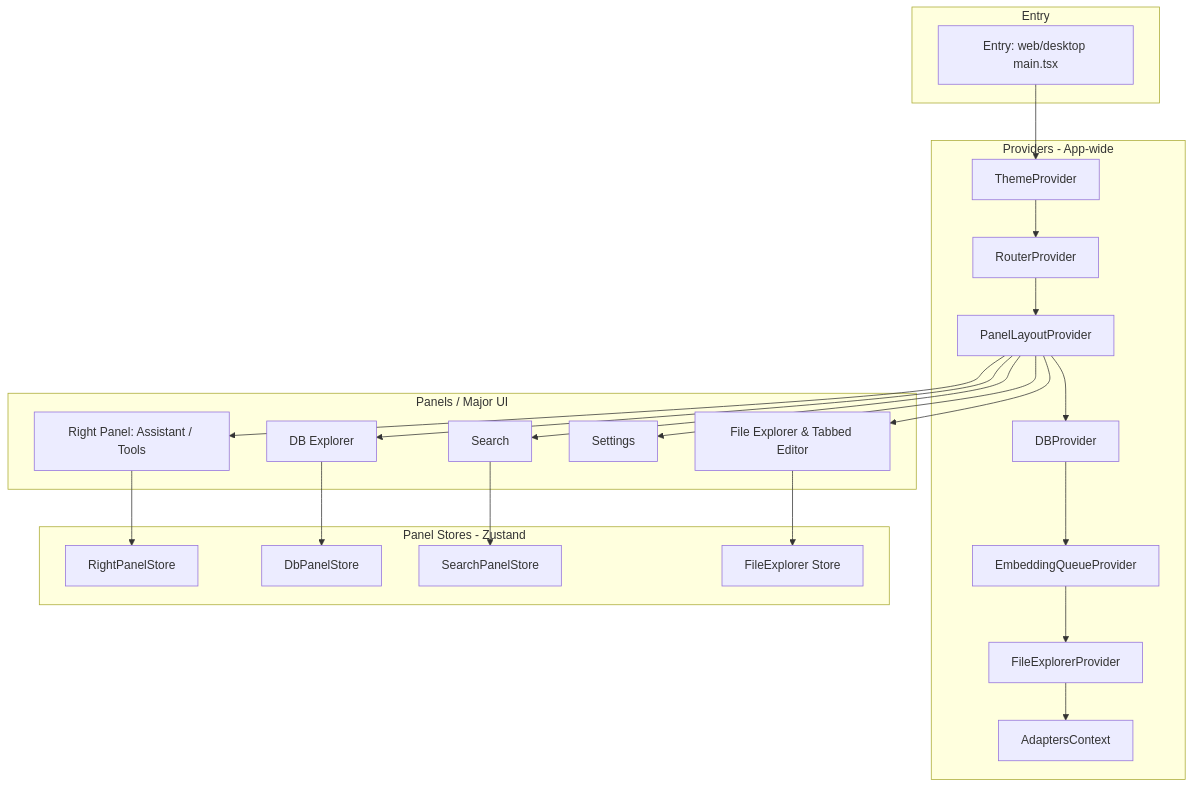
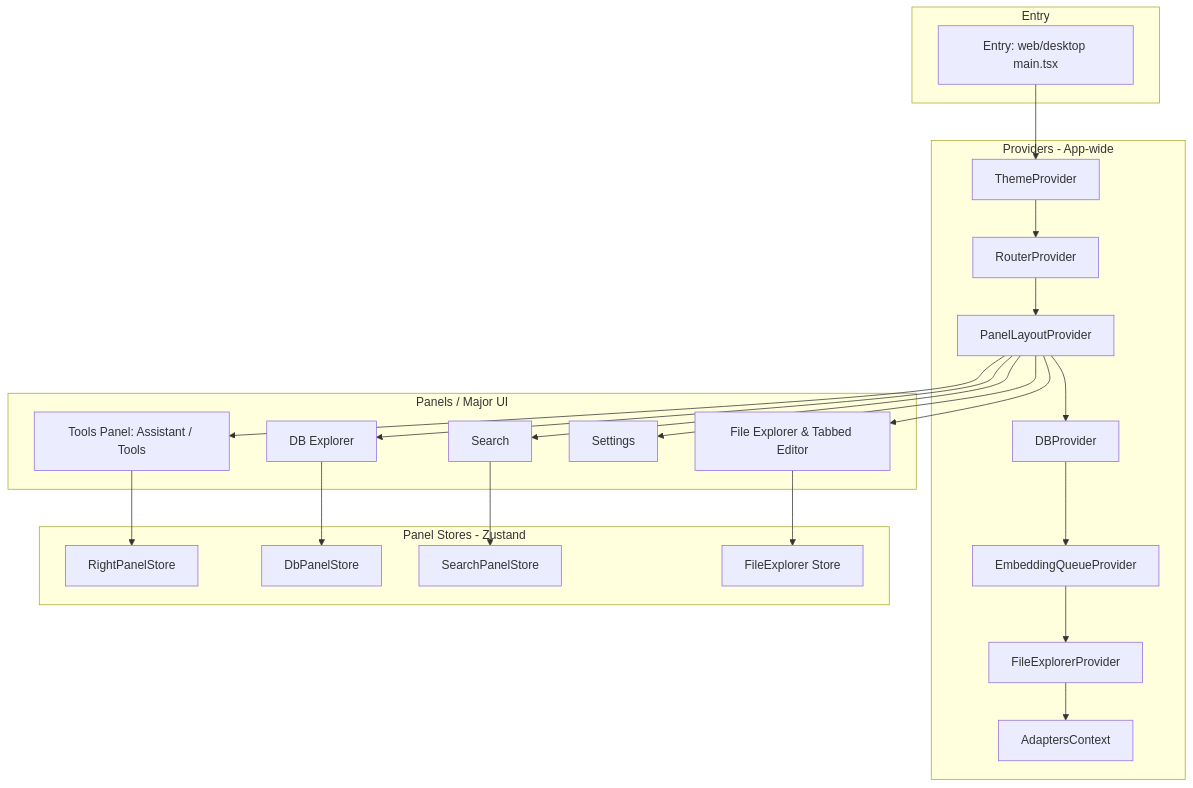
One commit to seandearnaley/brainstrike changed the second of 4 diagrams in docs/brainstrike-frontend-architecture.md. Above: the diagram before and after it, drawn with Mermaid. The commit also changed other lines of this file and 20 other files, not shown here.

````diff
--- a/docs/brainstrike-frontend-architecture.md
+++ b/docs/brainstrike-frontend-architecture.md
@@ -56,38 +56,38 @@
 ```mermaid
 flowchart TD
   subgraph Entry
     A["Entry: web/desktop main.tsx"]
   end
 
   subgraph Providers["Providers - App-wide"]
     T["ThemeProvider"]
     R["RouterProvider"]
     P["PanelLayoutProvider"]
     DB["DBProvider"]
     VQ["EmbeddingQueueProvider"]
     FE["FileExplorerProvider"]
     AD["AdaptersContext"]
   end
 
   subgraph PanelStores["Panel Stores - Zustand"]
     RS["RightPanelStore"]
     DS["DbPanelStore"]
     SS["SearchPanelStore"]
     FES["FileExplorer Store"]
   end
 
   subgraph Panels["Panels / Major UI"]
-    RP["Right Panel: Assistant / Tools"]
+    RP["Tools Panel: Assistant / Tools"]
     DBX["DB Explorer"]
     FX["File Explorer & Tabbed Editor"]
     ST["Settings"]
     SR["Search"]
   end
 
   A --> T --> R --> P --> DB --> VQ --> FE --> AD
   P --> RP & DBX & FX & ST & SR
   RP --> RS
   DBX --> DS
   SR --> SS
   FX --> FES
 ```
````
